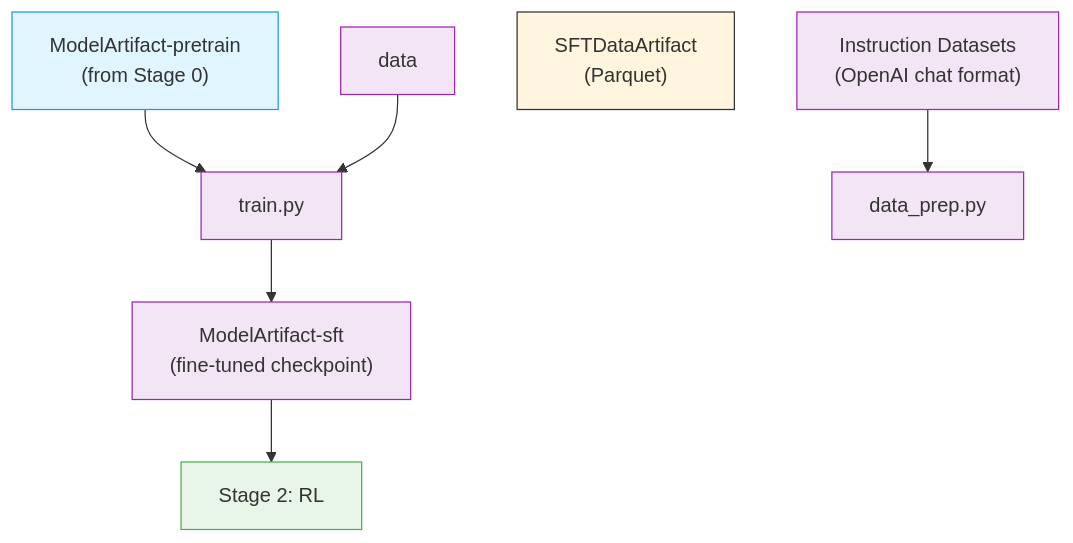
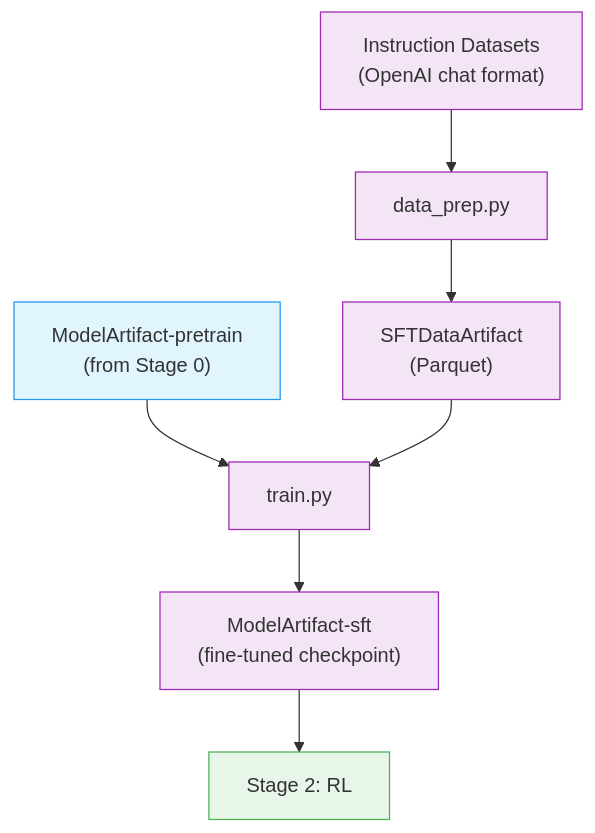
Before and after one commit to NVIDIA-NeMo/Nemotron: the second of 2 diagrams in docs/nemotron/lightning35/sft.md, drawn with Mermaid. The commit also changed other lines of this file and 166 other files, not shown here.

````diff
--- a/docs/nemotron/lightning35/sft.md
+++ b/docs/nemotron/lightning35/sft.md
@@ -333,18 +333,18 @@
 ```mermaid
 %%{init: {'theme': 'base', 'themeVariables': { 'primaryBorderColor': '#333333', 'lineColor': '#333333', 'primaryTextColor': '#333333'}}}%%
 flowchart TB
     prev["ModelArtifact-pretrain<br/>(from Stage 0)"] --> train
     inst["Instruction Datasets<br/>(OpenAI chat format)"] --> dp["data_prep.py"]
-    data1["SFTDataArtifact<br/>(Parquet)"]
+    dp --> data["SFTDataArtifact<br/>(Parquet)"]
     data --> train["train.py"]
     train --> model["ModelArtifact-sft<br/>(fine-tuned checkpoint)"]
     model --> next["Stage 2: RL"]
 
     style prev fill:#e1f5fe,stroke:#2196f3
     style inst fill:#f3e5f5,stroke:#9c27b0
     style dp fill:#f3e5f5,stroke:#9c27b0
     style data fill:#f3e5f5,stroke:#9c27b0
     style train fill:#f3e5f5,stroke:#9c27b0
     style model fill:#f3e5f5,stroke:#9c27b0
     style next fill:#e8f5e9,stroke:#4caf50
 ```
````
